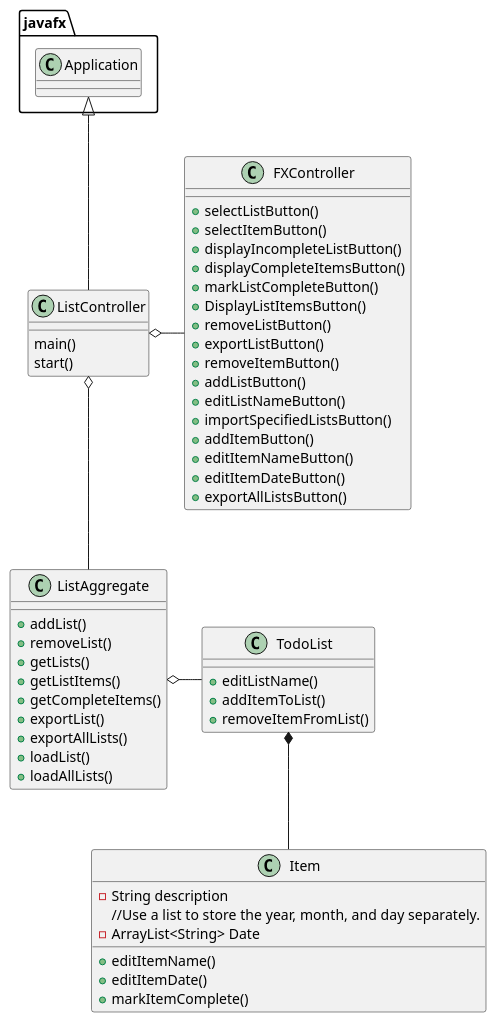
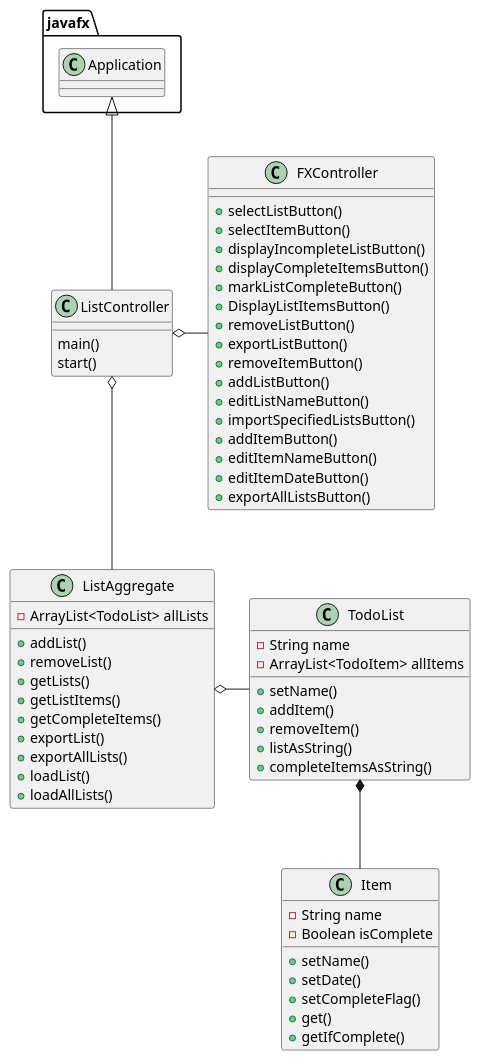
Before and after one commit to ZacharyN89/nowicki-cop3330-assignment4part2: the diagram in uml/ClassDiagram.puml, drawn with PlantUML. The commit also changed 3 other files, not shown here.

```diff
--- a/uml/ClassDiagram.puml
+++ b/uml/ClassDiagram.puml
@@ -1,64 +1,72 @@
 @startuml
 'https://plantuml.com/class-diagram
 
 class ListController{
     main()
     start()
 }
 
 class FXController{
     +selectListButton()
     +selectItemButton()
     +displayIncompleteListButton()
     +displayCompleteItemsButton()
     +markListCompleteButton()
     +DisplayListItemsButton()
     +removeListButton()
     +exportListButton()
     +removeItemButton()
     +addListButton()
     +editListNameButton()
     +importSpecifiedListsButton()
     +addItemButton()
     +editItemNameButton()
     +editItemDateButton()
     +exportAllListsButton()
 }
 
 class ListAggregate{
+    -ArrayList<TodoList> allLists
+
     +addList()
     +removeList()
     +getLists()
     +getListItems()
     +getCompleteItems()
     +exportList()
     +exportAllLists()
     +loadList()
     +loadAllLists()
 }
 
 class TodoList{
-    +editListName()
-    +addItemToList()
-    +removeItemFromList()
+    -String name
+    -ArrayList<TodoItem> allItems
+
+    +setName()
+    +addItem()
+    +removeItem()
+    +listAsString()
+    +completeItemsAsString()
 }
 
 class Item{
-    -String description
-    //Use a list to store the year, month, and day separately.
-    -ArrayList<String> Date
+    -String name
+    -Boolean isComplete
 
-    +editItemName()
-    +editItemDate()
-    +markItemComplete()
+    +setName()
+    +setDate()
+    +setCompleteFlag()
+    +get()
+    +getIfComplete()
 }
 
 
 
 
 javafx.Application <|-- ListController
 ListController o-- ListAggregate
 ListController o- FXController
 TodoList *-- Item
 ListAggregate o- TodoList
 @enduml
```
